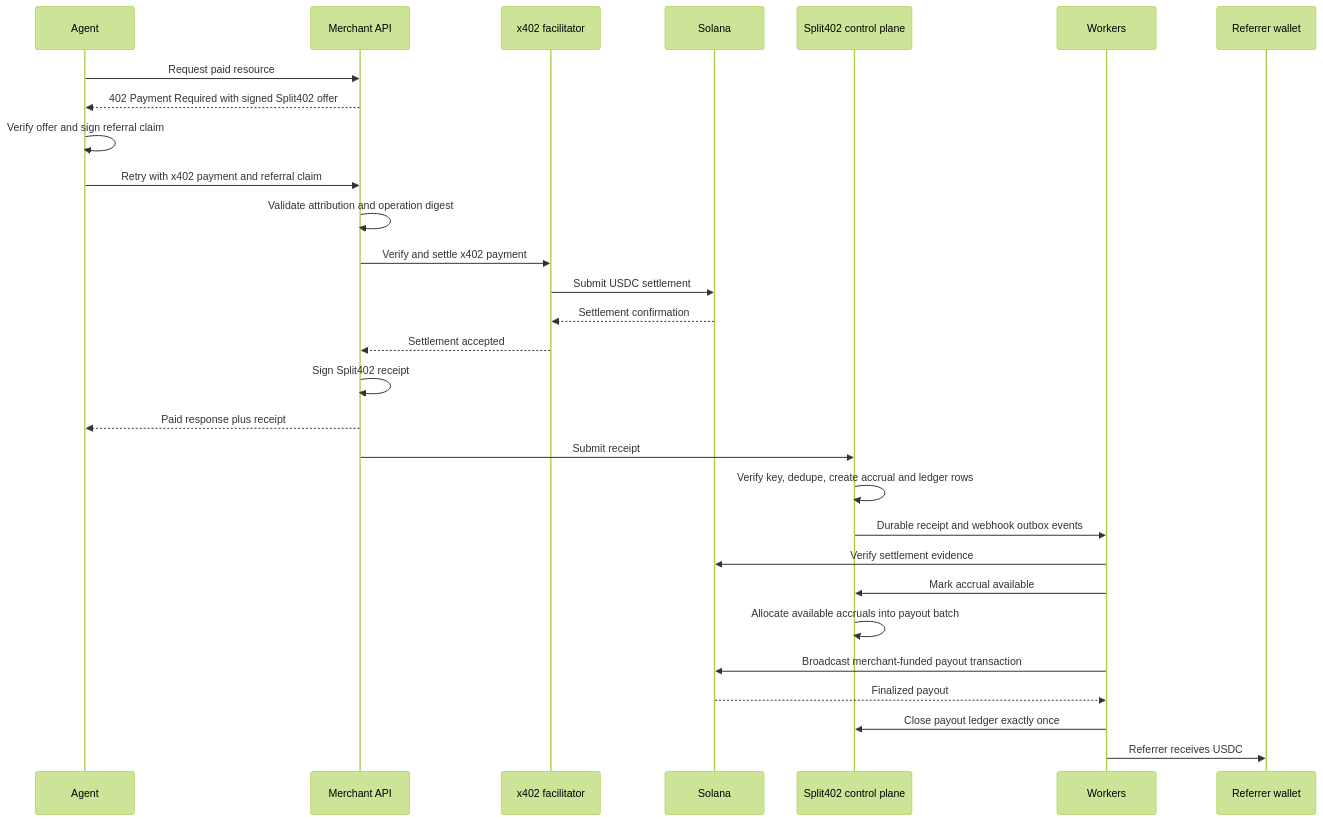
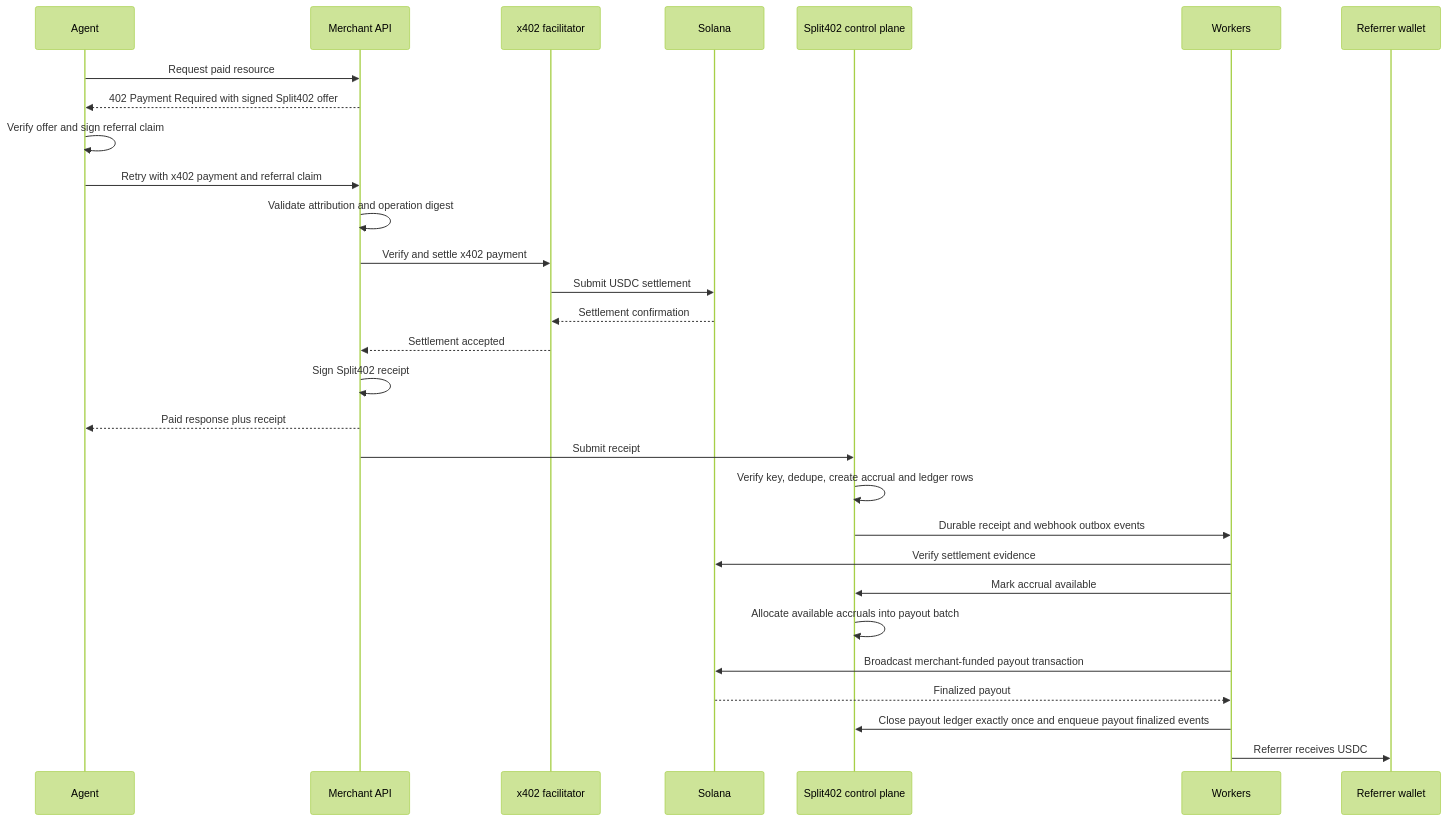
Before and after one commit to split402protocol/splitx402: the third of 6 diagrams in README.md, drawn with Mermaid (forest theme). The commit also changed other lines of this file and 10 other files, not shown here.

Commit message:
Emit payout finalized events

````diff
--- a/README.md
+++ b/README.md
@@ -108,32 +108,32 @@
 ```mermaid
 sequenceDiagram
   participant A as Agent
   participant M as Merchant API
   participant X as x402 facilitator
   participant S as Solana
   participant C as Split402 control plane
   participant W as Workers
   participant R as Referrer wallet
 
   A->>M: Request paid resource
   M-->>A: 402 Payment Required with signed Split402 offer
   A->>A: Verify offer and sign referral claim
   A->>M: Retry with x402 payment and referral claim
   M->>M: Validate attribution and operation digest
   M->>X: Verify and settle x402 payment
   X->>S: Submit USDC settlement
   S-->>X: Settlement confirmation
   X-->>M: Settlement accepted
   M->>M: Sign Split402 receipt
   M-->>A: Paid response plus receipt
   M->>C: Submit receipt
   C->>C: Verify key, dedupe, create accrual and ledger rows
   C->>W: Durable receipt and webhook outbox events
   W->>S: Verify settlement evidence
   W->>C: Mark accrual available
   C->>C: Allocate available accruals into payout batch
   W->>S: Broadcast merchant-funded payout transaction
   S-->>W: Finalized payout
-  W->>C: Close payout ledger exactly once
+  W->>C: Close payout ledger exactly once and enqueue payout finalized events
   W->>R: Referrer receives USDC
 ```
````
